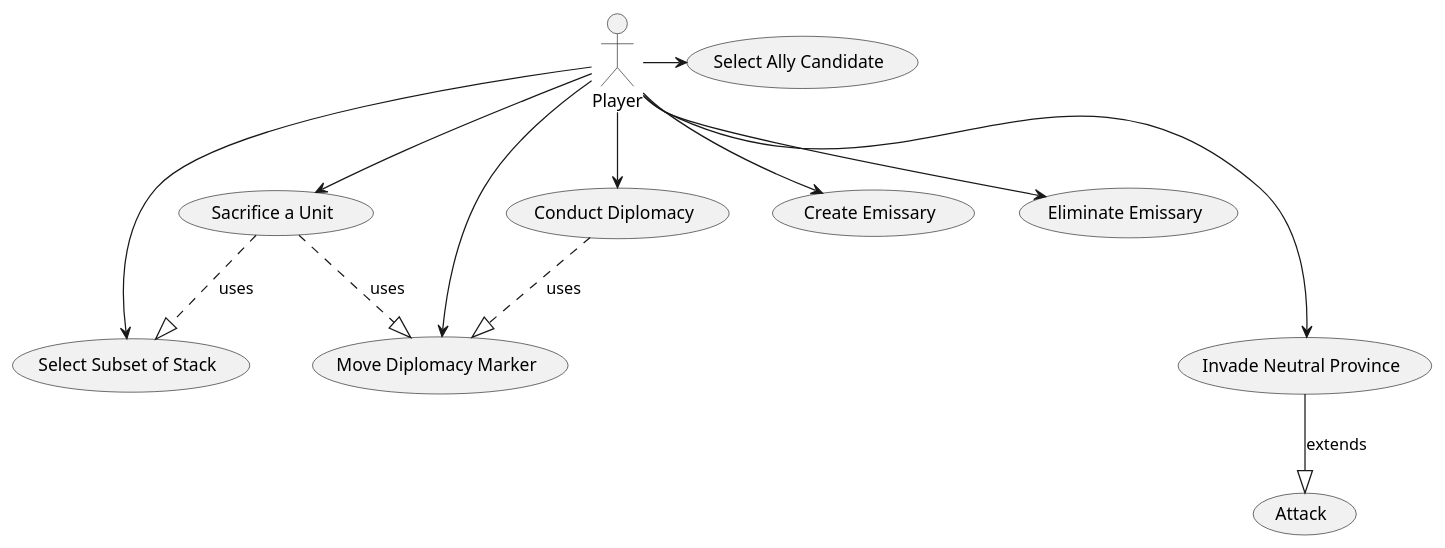
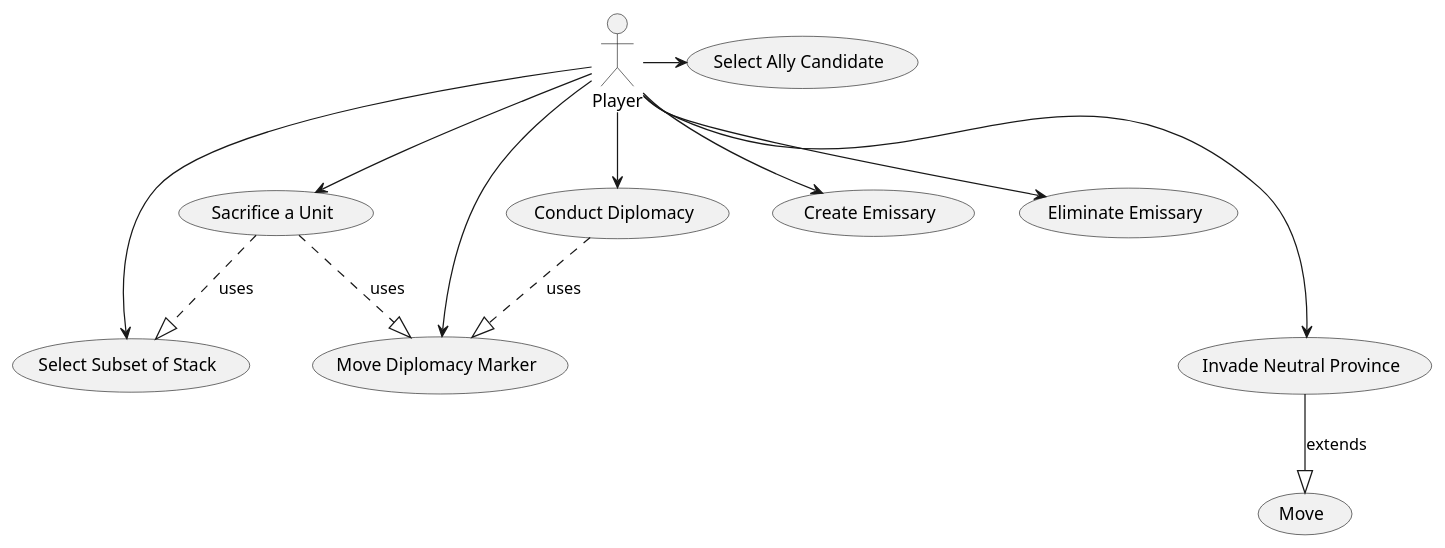
The diagram in jasz_diagrams/use_cases_diplomacy.pu (clif7786/hw2_a), drawn with PlantUML before and after one commit. The commit also changed 1 other file, not shown here.

Commit message:
Changed my diplomacy diagram

```diff
--- a/jasz_diagrams/use_cases_diplomacy.pu
+++ b/jasz_diagrams/use_cases_diplomacy.pu
@@ -1,21 +1,21 @@
 @startuml
 actor Player
 
 
 Player ->    (Select Subset of Stack)
 
 
 Player ->      (Select Ally Candidate)
 Player -->     (Create Emissary)
 Player -->     (Eliminate Emissary)
 Player --->    (Invade Neutral Province)
-(Invade Neutral Province) --|> (Attack) :extends
+(Invade Neutral Province) --|> (Move) :extends
 Player --->    (Move Diplomacy Marker)
 Player -->     (Conduct Diplomacy)
 Player -->     (Sacrifice a Unit)
 (Sacrifice a Unit) ..|>  (Select Subset of Stack) :uses
 (Conduct Diplomacy) ..|> (Move Diplomacy Marker) :uses
 (Sacrifice a Unit)  ..|> (Move Diplomacy Marker) :uses
 
 
 @enduml
```
